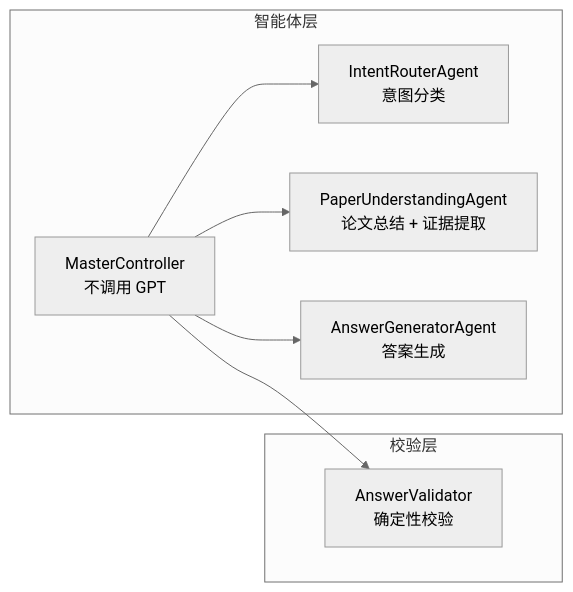
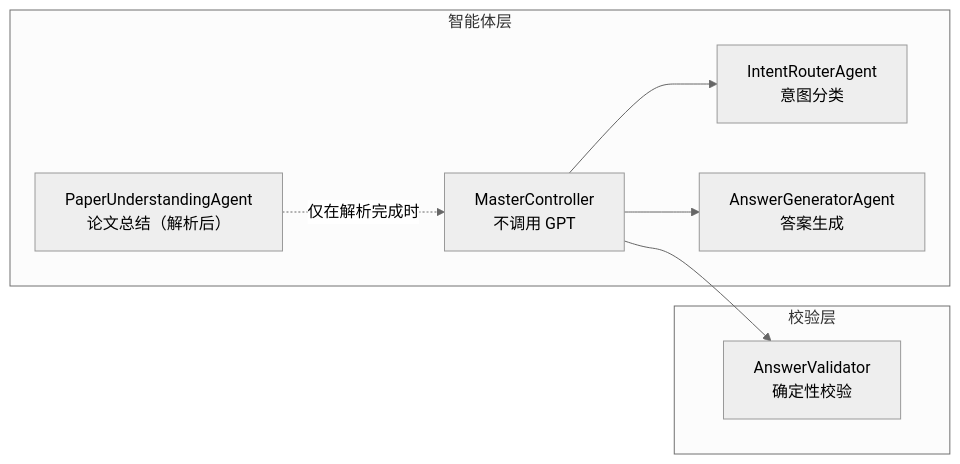
Before and after one commit to szy2334/ragflow-course-project: the first of 4 diagrams in 论文问答多智能体架构改进方案_V1.0.md, drawn with Mermaid (neutral theme). The commit also changed other lines of this file, not shown here.

````diff
--- a/论文问答多智能体架构改进方案_V1.0.md
+++ b/论文问答多智能体架构改进方案_V1.0.md
@@ -35,16 +44,16 @@
 ```mermaid
 flowchart LR
     subgraph 智能体层
         MC["MasterController\n不调用 GPT"]
         IRA["IntentRouterAgent\n意图分类"]
-        PUA["PaperUnderstandingAgent\n论文总结 + 证据提取"]
+        PUA["PaperUnderstandingAgent\n论文总结（解析后）"]
         AGA["AnswerGeneratorAgent\n答案生成"]
     end
     subgraph 校验层
         AV["AnswerValidator\n确定性校验"]
     end
     MC --> IRA
-    MC --> PUA
     MC --> AGA
     MC --> AV
+    PUA -.->|"仅在解析完成时"| MC
 ```
````
